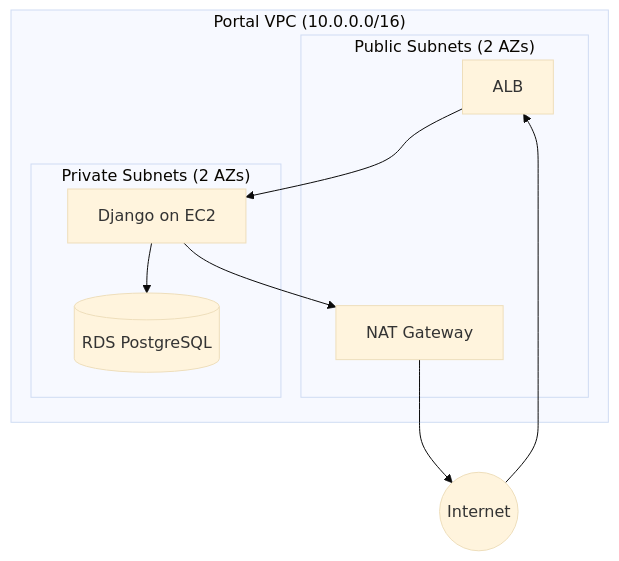
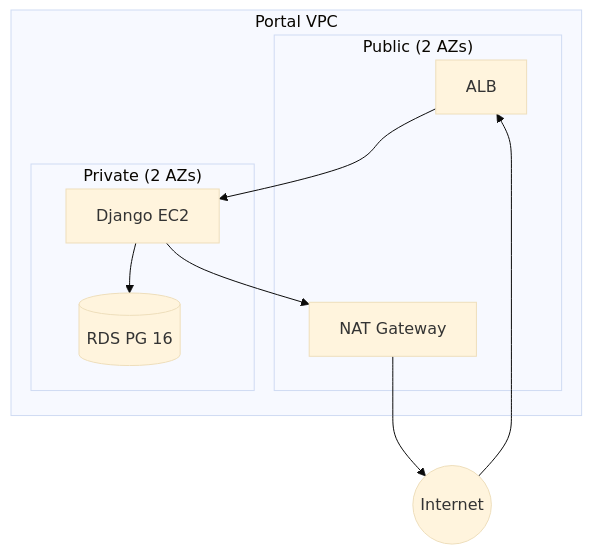
One commit to PaloAltoNetworks/shifter changed the second of 3 diagrams in docs/src/architecture.md. Above: the diagram before and after it, drawn with Mermaid (base theme). The commit also changed other lines of this file and 3 other files, not shown here.

````diff
--- a/docs/src/architecture.md
+++ b/docs/src/architecture.md
@@ -42,18 +39,18 @@
 ```mermaid
 graph TB
-    subgraph "Portal VPC (10.0.0.0/16)"
-        subgraph "Public Subnets (2 AZs)"
+    subgraph "Portal VPC"
+        subgraph "Public (2 AZs)"
             ALB[ALB]
             NAT[NAT Gateway]
         end
-        subgraph "Private Subnets (2 AZs)"
-            EC2[Django on EC2]
-            RDS[(RDS PostgreSQL)]
+        subgraph "Private (2 AZs)"
+            EC2[Django EC2]
+            RDS[(RDS PG 16)]
         end
         ALB --> EC2
         EC2 --> RDS
         EC2 --> NAT
     end
     Internet((Internet)) --> ALB
     NAT --> Internet
 ```
````
